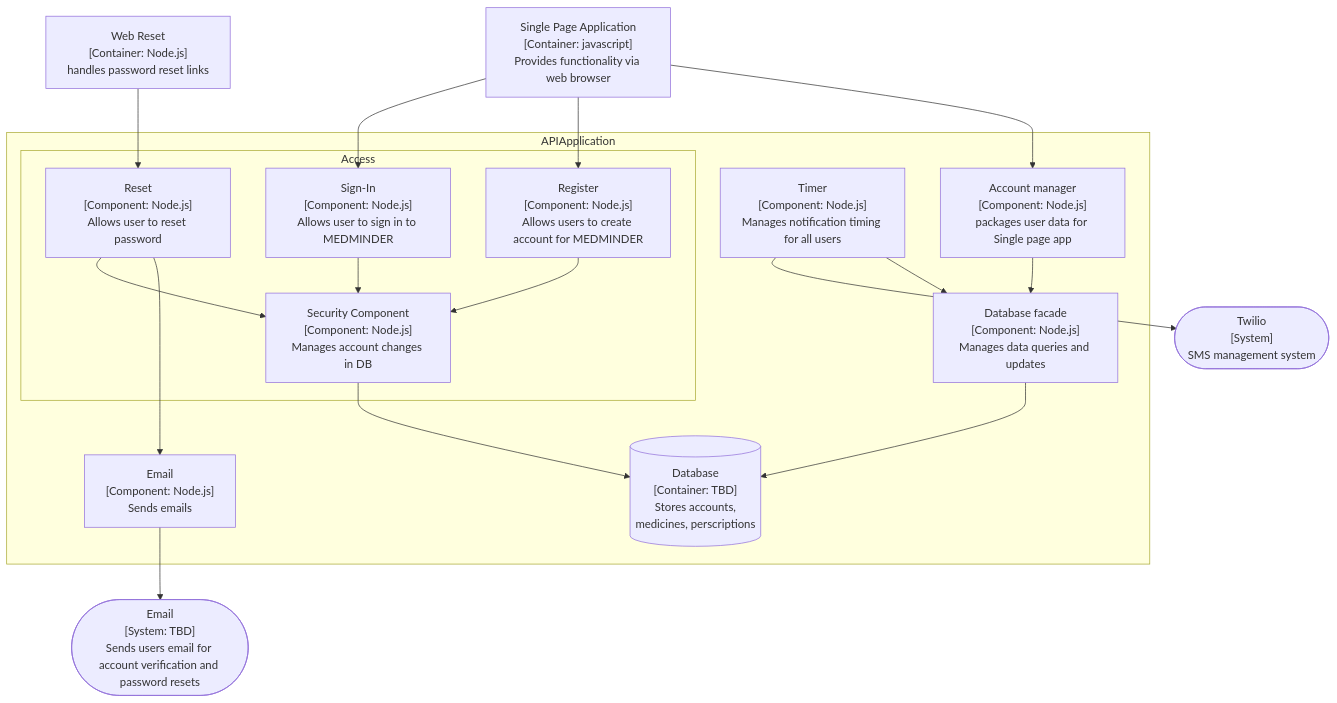
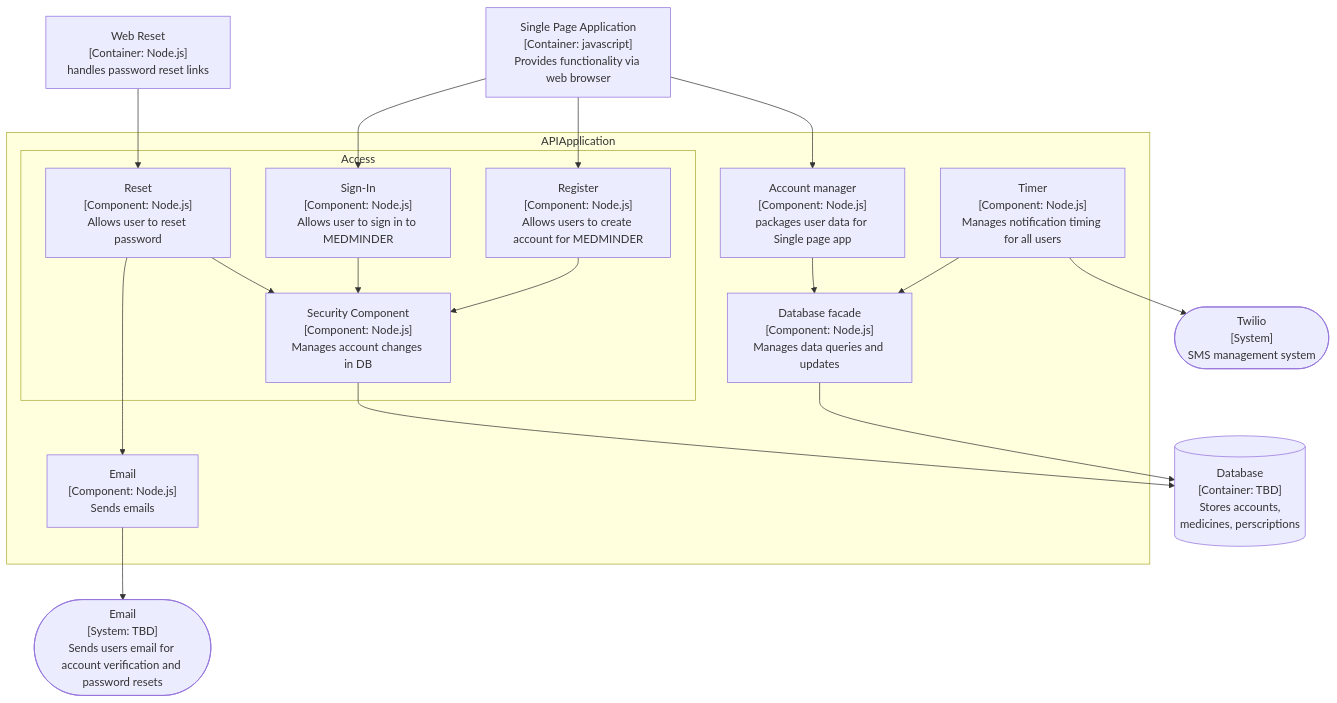
Before and after one commit to nop0x0f/COSC412_team1: the fifth of 7 diagrams in design/C4diagrams.md, drawn with Mermaid. The commit also changed other lines of this file, not shown here.

````diff
--- a/design/C4diagrams.md
+++ b/design/C4diagrams.md
@@ -104,34 +104,34 @@
 ```mermaid
 flowchart TB
 reset["Web Reset<br/>[Container: Node.js]<br/>handles password reset links"]
 Email(["Email<br/>[System: TBD]<br/>Sends users email for account verification and password resets"])
 Twilio(["Twilio<br/>[System]<br/>SMS management system"])
 single["Single Page Application<br/>[Container: javascript]<br/>Provides functionality via web browser"]
 db[("Database<br/>[Container: TBD]<br/>Stores accounts,<br/>medicines, perscriptions")]
   subgraph APIApplication
     Time["Timer<br/>[Component: Node.js]<br/>Manages notification timing for all users"]
     Account["Account manager<br/>[Component: Node.js]<br/>packages user data for Single page app"]
     Dbfacade["Database facade<br/>[Component: Node.js]<br/>Manages data queries and updates"]
     subgraph Access
         Signin["Sign-In<br/>[Component: Node.js]<br/>Allows user to sign in to MEDMINDER"]
         Signup["Register<br/>[Component: Node.js]<br/>Allows users to create account for MEDMINDER"]
         Reset["Reset<br/>[Component: Node.js]<br/>Allows user to reset password"]
         Security["Security Component<br/>[Component: Node.js]<br/>Manages account changes in DB"]
         Reset --> Security
         Signin --> Security
         Signup --> Security
     end
     mail["Email<br/>[Component: Node.js]<br/>Sends emails"]
     Reset ---> mail
     Account --> Dbfacade
+  end
     Security --> db
     Dbfacade --> db
-  end
 mail --> Email
 Time --> Twilio
 Time --> Dbfacade
 single --> Signin
 reset --> Reset
 single --> Signup
 single --> Account
 ```
````
